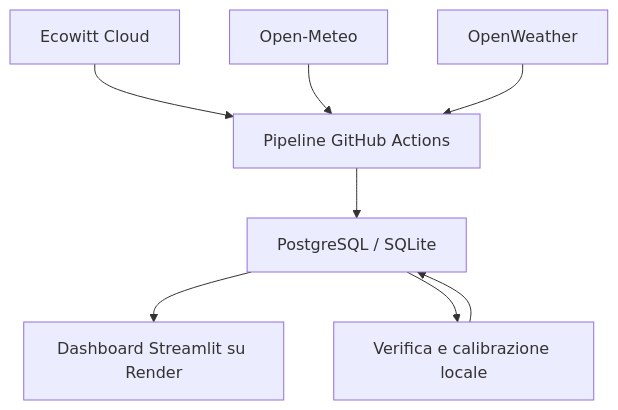
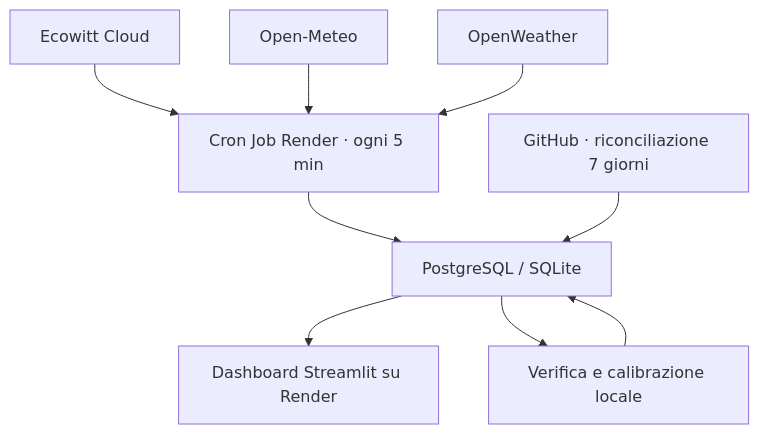
The diagram in README.md (gio9772rm/weather-app), drawn with Mermaid before and after one commit. The commit also changed other lines of this file and 12 other files, not shown here.

````diff
--- a/README.md
+++ b/README.md
@@ -20,10 +20,11 @@
 ```mermaid
 flowchart TD
-  E["Ecowitt Cloud"] --> P["Pipeline GitHub Actions"]
+  E["Ecowitt Cloud"] --> P["Cron Job Render · ogni 5 min"]
   OM["Open-Meteo"] --> P
   OW["OpenWeather"] --> P
   P --> DB["PostgreSQL / SQLite"]
+  GH["GitHub · riconciliazione 7 giorni"] --> DB
   DB --> UI["Dashboard Streamlit su Render"]
   DB --> Q["Verifica e calibrazione locale"]
   Q --> DB
 ```
````
